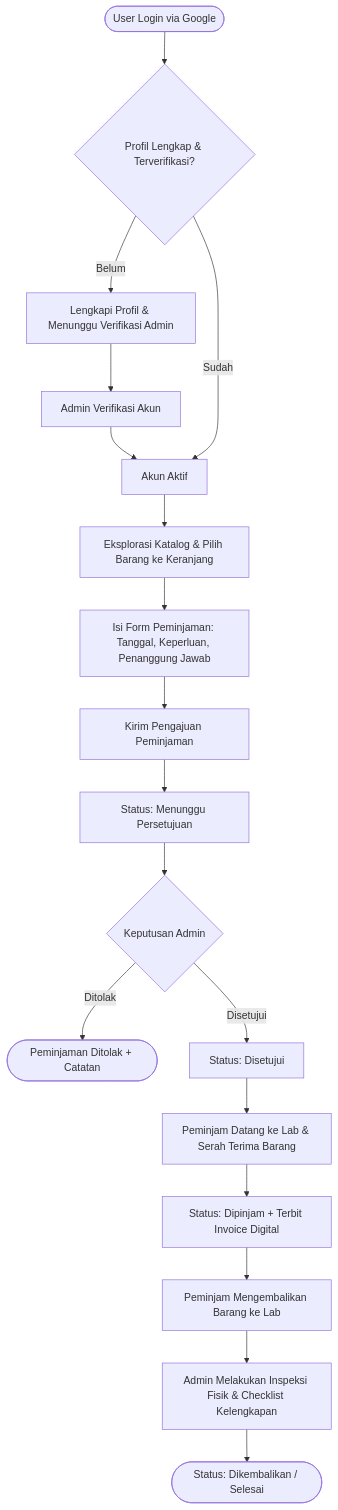
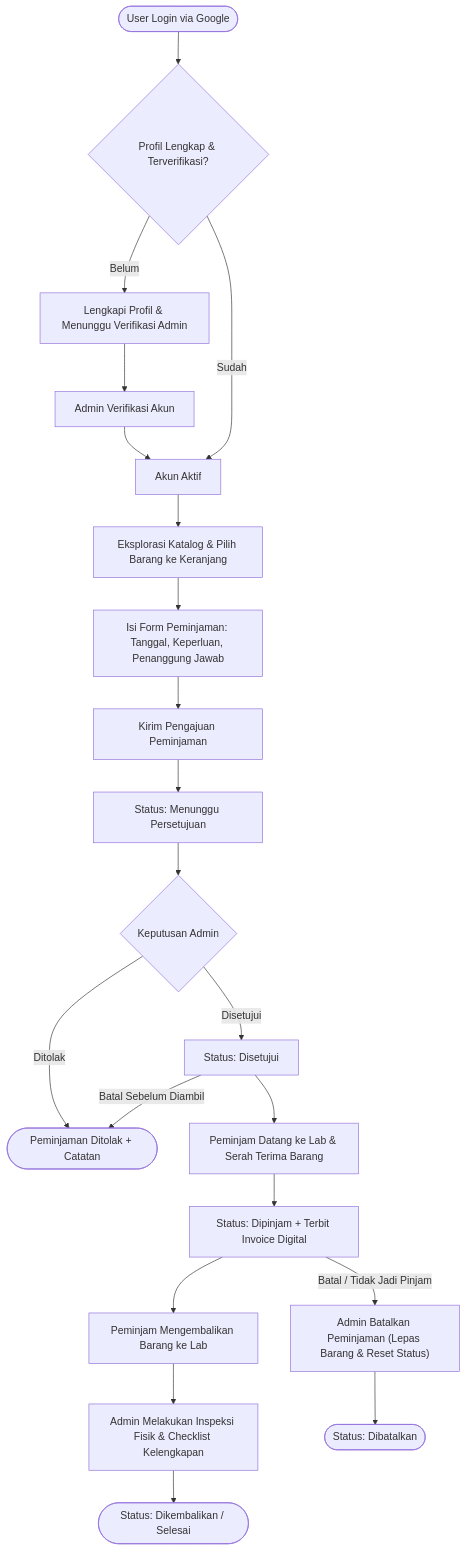
The diagram in README.md (luthafiyyan/PinjamIn), drawn with Mermaid before and after one commit. The commit also changed other lines of this file, not shown here.

Commit message:
docs: update README with instant cancellation workflow and lifecycle status

````diff
--- a/README.md
+++ b/README.md
@@ -93,24 +94,28 @@
 ```mermaid
 flowchart TD
     A([User Login via Google]) --> B{Profil Lengkap & Terverifikasi?}
-    B -- Belum --> C[Lengkapi Profil & Menunggu Verifikasi Admin]
+    B -- Belum --> C["Lengkapi Profil & Menunggu Verifikasi Admin"]
     C --> D[Admin Verifikasi Akun]
     D --> E[Akun Aktif]
     B -- Sudah --> E
 
-    E --> F[Eksplorasi Katalog & Pilih Barang ke Keranjang]
-    F --> G[Isi Form Peminjaman: Tanggal, Keperluan, Penanggung Jawab]
+    E --> F["Eksplorasi Katalog & Pilih Barang ke Keranjang"]
+    F --> G["Isi Form Peminjaman: Tanggal, Keperluan, Penanggung Jawab"]
     G --> H[Kirim Pengajuan Peminjaman]
     
-    H --> I[Status: Menunggu Persetujuan]
+    H --> I["Status: Menunggu Persetujuan"]
     I --> J{Keputusan Admin}
-    J -- Ditolak --> K([Peminjaman Ditolak + Catatan])
-    J -- Disetujui --> L[Status: Disetujui]
+    J -- Ditolak --> K(["Peminjaman Ditolak + Catatan"])
+    J -- Disetujui --> L["Status: Disetujui"]
 
-    L --> M[Peminjam Datang ke Lab & Serah Terima Barang]
-    M --> N[Status: Dipinjam + Terbit Invoice Digital]
+    L --> M["Peminjam Datang ke Lab & Serah Terima Barang"]
+    L -- Batal Sebelum Diambil --> K
+    M --> N["Status: Dipinjam + Terbit Invoice Digital"]
     
     N --> O[Peminjam Mengembalikan Barang ke Lab]
-    O --> P[Admin Melakukan Inspeksi Fisik & Checklist Kelengkapan]
-    P --> Q([Status: Dikembalikan / Selesai])
+    O --> P["Admin Melakukan Inspeksi Fisik & Checklist Kelengkapan"]
+    P --> Q(["Status: Dikembalikan / Selesai"])
+
+    N -- Batal / Tidak Jadi Pinjam --> R["Admin Batalkan Peminjaman (Lepas Barang & Reset Status)"]
+    R --> S(["Status: Dibatalkan"])
 ```
````
